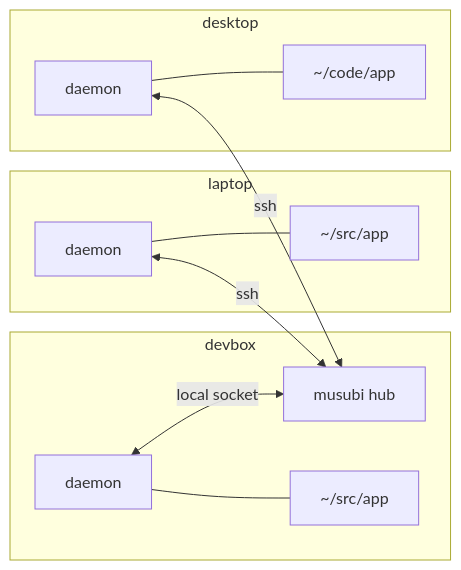
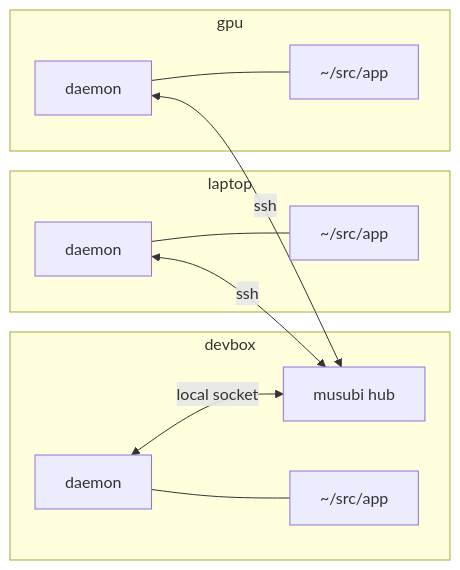
One commit to bos/jj-musubi changed the diagram in docs/how-it-works.md. Above: the diagram before and after it, drawn with Mermaid. The commit also changed 4 other files, not shown here.

````diff
--- a/docs/how-it-works.md
+++ b/docs/how-it-works.md
@@ -35,16 +35,16 @@
 ```mermaid
 flowchart LR
   subgraph devbox["devbox"]
     H["musubi hub"]
     D1["daemon"] --- R1["~/src/app"]
   end
   subgraph laptop["laptop"]
     D2["daemon"] --- R2["~/src/app"]
   end
-  subgraph desktop["desktop"]
-    D3["daemon"] --- R3["~/code/app"]
+  subgraph gpu["gpu"]
+    D3["daemon"] --- R3["~/src/app"]
   end
   D1 <-->|local socket| H
   D2 <-->|ssh| H
   D3 <-->|ssh| H
 ```
````
